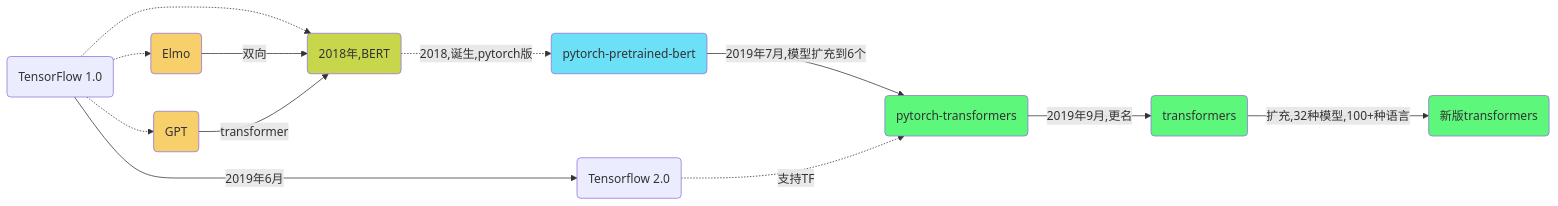
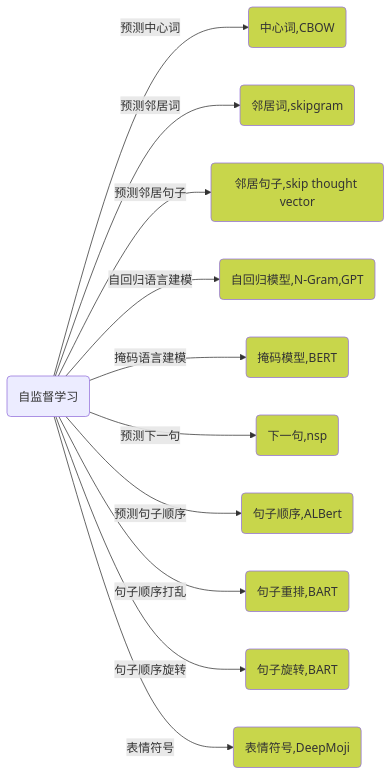
The diagram in _posts/2019-12-15-PLM.md (Gaohaoyang/gaohaoyang.github.io), drawn with Mermaid before and after one commit. The commit also changed other lines of this file, not shown here.

```diff
--- a/_posts/2019-12-15-PLM.md
+++ b/_posts/2019-12-15-PLM.md
@@ -31,21 +51,20 @@
 <div class="mermaid">
     flowchart LR
     %% 节点颜色
     classDef red fill:#f02;
     classDef green fill:#5CF77B;
     classDef blue fill:#6BE0F7;
     classDef orange fill:#F7CF6B;
     classDef grass fill:#C8D64B;
     %%节点关系定义
-    B(2018年,BERT):::grass-.->|2018,诞生,pytorch版|A(pytorch-pretrained-bert):::blue
-    T1(TensorFlow 1.0) -.->B
-    E(Elmo):::orange-->|双向|B
-    G(GPT):::orange-->|transformer|B
-    T1-.->E
-    T1-.->G
-    A -->|2019年7月,模型扩充到6个| A1(pytorch-transformers):::green
-    T2(Tensorflow 2.0)-.->|支持TF|A1
-    T1-->|2019年6月|T2
-    A1 -->|2019年9月,更名| A2(transformers):::green
-    A2 -->|扩充,32种模型,100+种语言| A3(新版transformers):::green
+    O(自监督学习)-->|预测中心词|A(中心词,CBOW):::grass
+    O(自监督学习)-->|预测邻居词|B(邻居词,skipgram):::grass
+    O(自监督学习)-->|预测邻居句子|C(邻居句子,skip thought vector):::grass
+    O(自监督学习)-->|自回归语言建模|D(自回归模型,N-Gram,GPT):::grass
+    O(自监督学习)-->|掩码语言建模|E(掩码模型,BERT):::grass
+    O(自监督学习)-->|预测下一句|F(下一句,nsp):::grass
+    O(自监督学习)-->|预测句子顺序|G(句子顺序,ALBert):::grass
+    O(自监督学习)-->|句子顺序打乱|H(句子重排,BART):::grass
+    O(自监督学习)-->|句子顺序旋转|I(句子旋转,BART):::grass
+    O(自监督学习)-->|表情符号|J(表情符号,DeepMoji):::grass
 </div>
```
